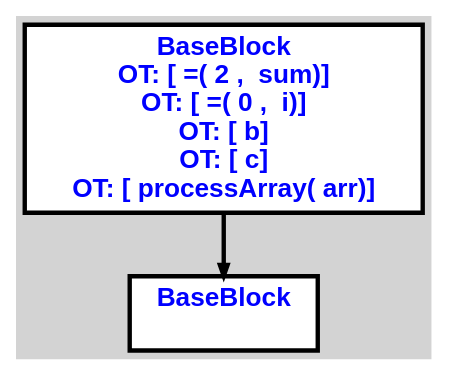
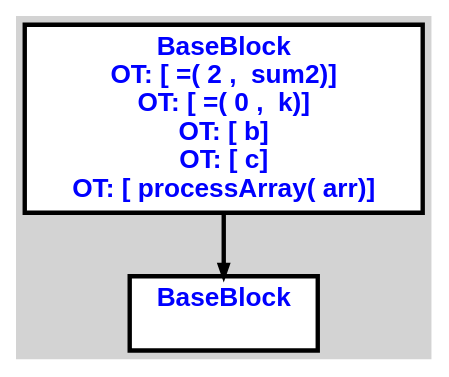
The diagram in cpoCompilerWin/input2.txt.a.dot (aveen007/CountingMonkeys), drawn with Graphviz before and after one commit. The commit also changed 40 other files, not shown here.

Commit message:
architecture to store data types

```diff
--- a/cpoCompilerWin/input2.txt.a.dot
+++ b/cpoCompilerWin/input2.txt.a.dot
@@ -1,15 +1,15 @@
 digraph G {
 ordering=out;
 ranksep=.4;
 bgcolor="lightgrey";  node [shape=box, fixedsize=false, fontsize=12, fontname="Helvetica-bold", fontcolor="blue"
 width=.25, height=.25, color="black", fillcolor="white", style="filled, solid, bold"];
 
-edge [arrowsize=.5, color="black", style="bold"]    n000011CED78A4B20 [label="BaseBlock\n OT: [ =( 2 ,  sum)]
-OT: [ =( 0 ,  i)]
+edge [arrowsize=.5, color="black", style="bold"]    n00001220E9BA4B80 [label="BaseBlock\n OT: [ =( 2 ,  sum2)]
+OT: [ =( 0 ,  k)]
 OT: [ b]
 OT: [ c]
 OT: [ processArray( arr)]
 "]
-    n000011CED78A4BE0 [label="BaseBlock\n "]
-    n000011CED78A4B20 -> n000011CED78A4BE0
+    n00001220E9BA4C40 [label="BaseBlock\n "]
+    n00001220E9BA4B80 -> n00001220E9BA4C40
 }
```
